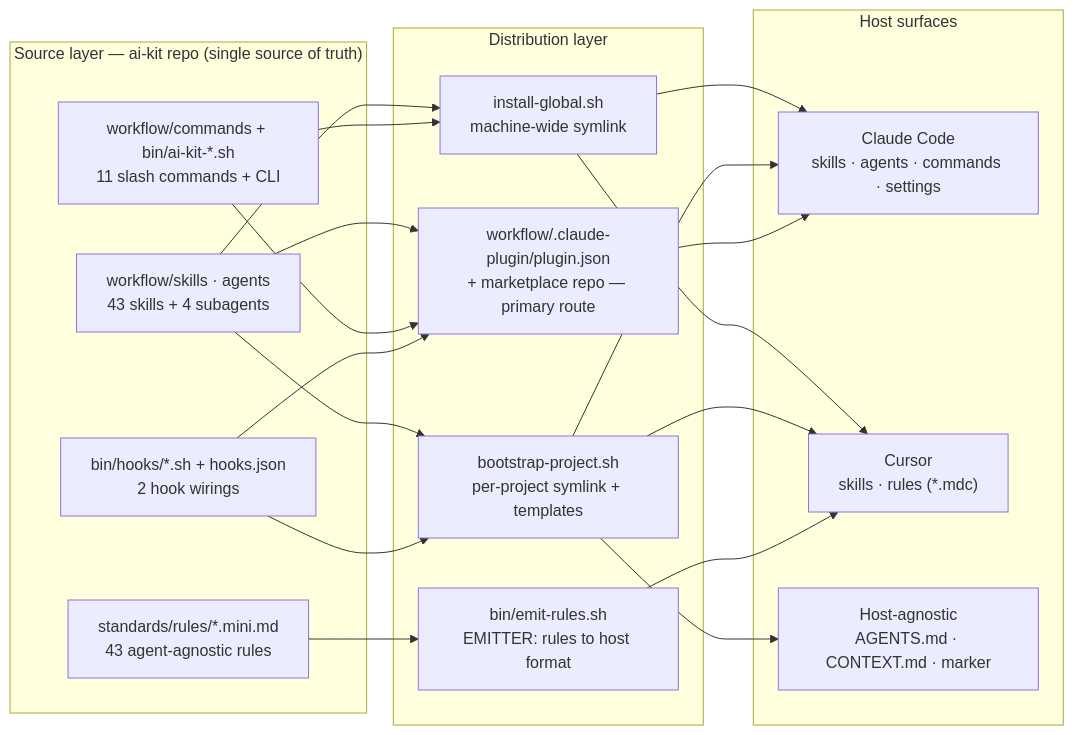
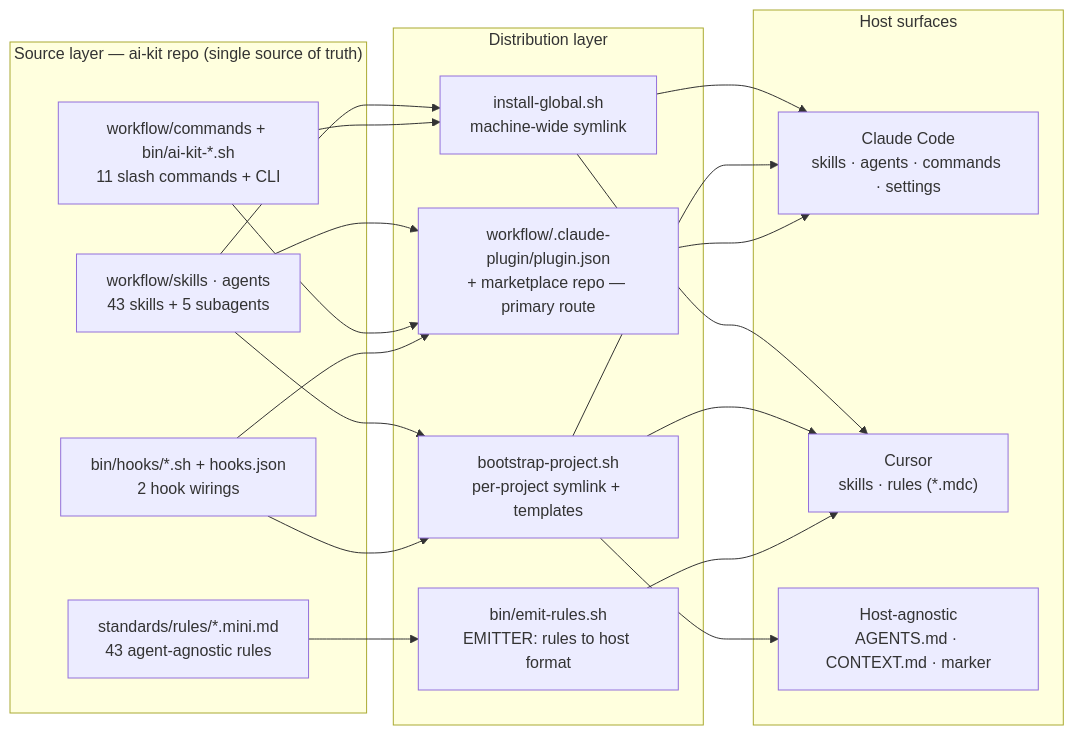
Before and after one commit to yusufkaracaburun/ai-kit: the first of 2 diagrams in docs/diagrams.md, drawn with Mermaid. The commit also changed other lines of this file and 13 other files, not shown here.

````diff
--- a/docs/diagrams.md
+++ b/docs/diagrams.md
@@ -10,32 +10,32 @@
 ```mermaid
 flowchart LR
   subgraph SRC["Source layer — ai-kit repo (single source of truth)"]
-    SA["workflow/skills · agents<br/>43 skills + 4 subagents"]
+    SA["workflow/skills · agents<br/>43 skills + 5 subagents"]
     CB["workflow/commands + bin/ai-kit-*.sh<br/>11 slash commands + CLI"]
     H["bin/hooks/*.sh + hooks.json<br/>2 hook wirings"]
     R["standards/rules/*.mini.md<br/>43 agent-agnostic rules"]
   end
 
   subgraph DIST["Distribution layer"]
     IG["install-global.sh<br/>machine-wide symlink"]
     PL["workflow/.claude-plugin/plugin.json<br/>+ marketplace repo — primary route"]
     BP["bootstrap-project.sh<br/>per-project symlink + templates"]
     ER["bin/emit-rules.sh<br/>EMITTER: rules to host format"]
   end
 
   subgraph HOSTS["Host surfaces"]
     CC["Claude Code<br/>skills · agents · commands · settings"]
     CU["Cursor<br/>skills · rules (*.mdc)"]
     HA["Host-agnostic<br/>AGENTS.md · CONTEXT.md · marker"]
   end
 
   SA --> IG & BP & PL
   CB --> IG & PL
   H --> PL & BP
   R --> ER
 
   IG --> CC & CU
   BP --> CC & CU & HA
   PL --> CC
   ER --> CU
 ```
````
